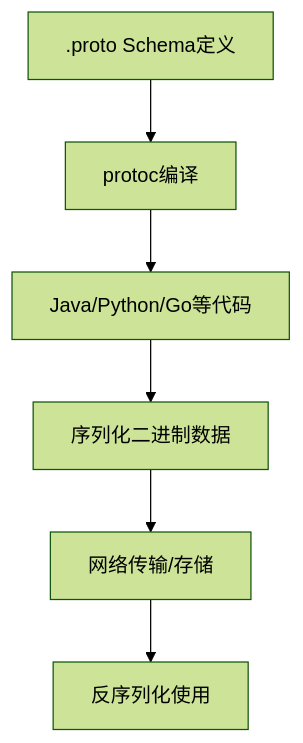
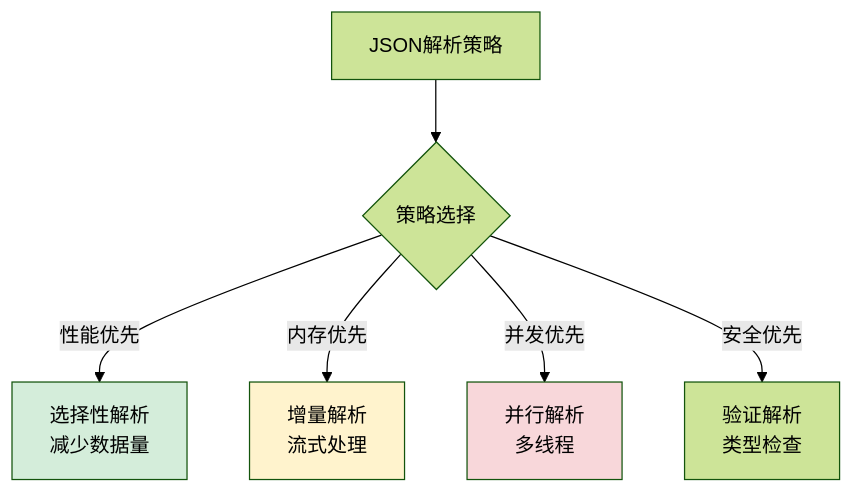
Diagram 13 of 25 in 00.通用技术的提升/02.程序编程原理/06.数据解析设计思想.md (chongyang211/YCBookBlog), drawn with Mermaid (forest theme) before and after one commit. The commit also changed other lines of this file and 28 other files, not shown here.

````diff
--- a/00.通用技术的提升/02.程序编程原理/06.数据解析设计思想.md
+++ b/00.通用技术的提升/02.程序编程原理/06.数据解析设计思想.md
@@ -373,8 +569,12 @@
 ```mermaid
-graph TD
-    A[.proto Schema定义] --> B[protoc编译]
-    B --> C[Java/Python/Go等代码]
-    C --> D[序列化二进制数据]
-    D --> E[网络传输/存储]
-    E --> F[反序列化使用]
+graph TB
+    A[JSON解析策略] --> B{策略选择}
+    B -->|性能优先| C[选择性解析<br/>减少数据量]
+    B -->|内存优先| D[增量解析<br/>流式处理]
+    B -->|并发优先| E[并行解析<br/>多线程]
+    B -->|安全优先| F[验证解析<br/>类型检查]
+    
+    style C fill:#d4edda
+    style D fill:#fff3cd
+    style E fill:#f8d7da
 ```
````
